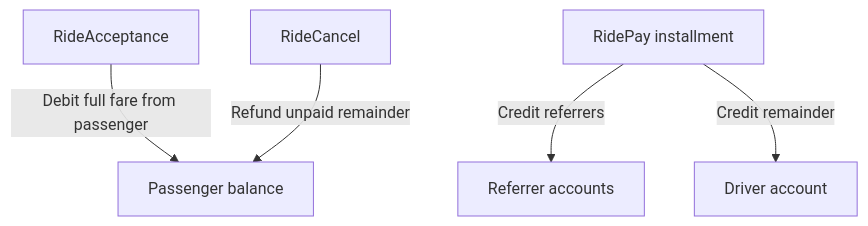
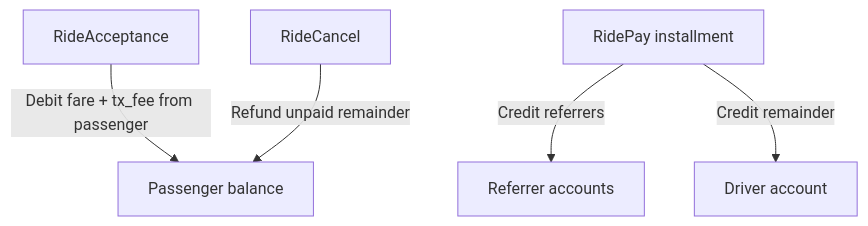
One commit to clutchprotocol/clutch-docs changed the diagram in docs/clutch-node/clt-economics.md. Above: the diagram before and after it, drawn with Mermaid. The commit also changed other lines of this file and 21 other files, not shown here.

````diff
--- a/docs/clutch-node/clt-economics.md
+++ b/docs/clutch-node/clt-economics.md
@@ -22,7 +49,7 @@
 ```mermaid
 flowchart TB
-    Accept[RideAcceptance] -->|"Debit full fare from passenger"| PassengerBal[Passenger balance]
+    Accept[RideAcceptance] -->|"Debit fare + tx_fee from passenger"| PassengerBal[Passenger balance]
     Pay[RidePay installment] -->|"Credit referrers"| Referrers[Referrer accounts]
     Pay -->|"Credit remainder"| Driver[Driver account]
     Cancel[RideCancel] -->|"Refund unpaid remainder"| PassengerBal
 ```
````
